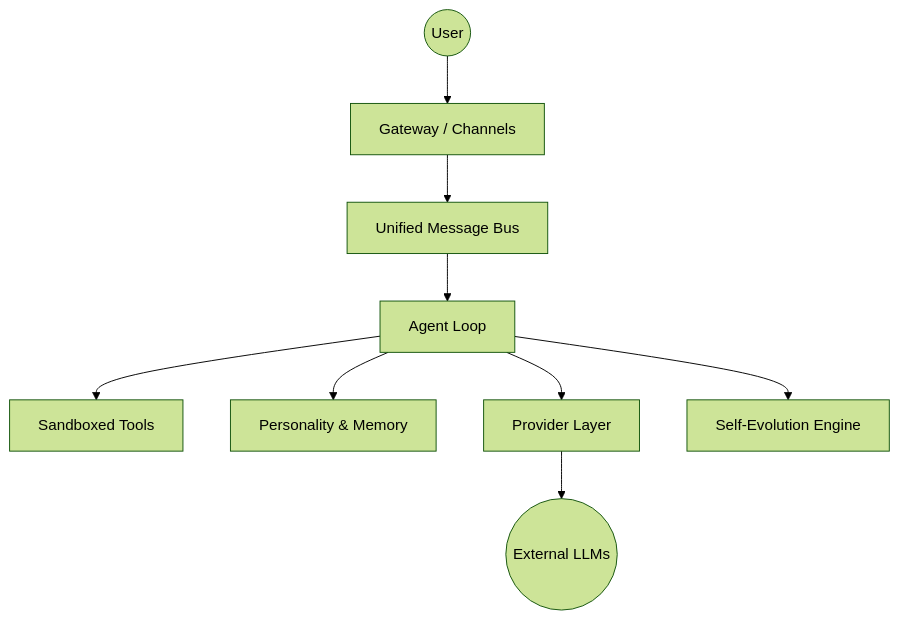
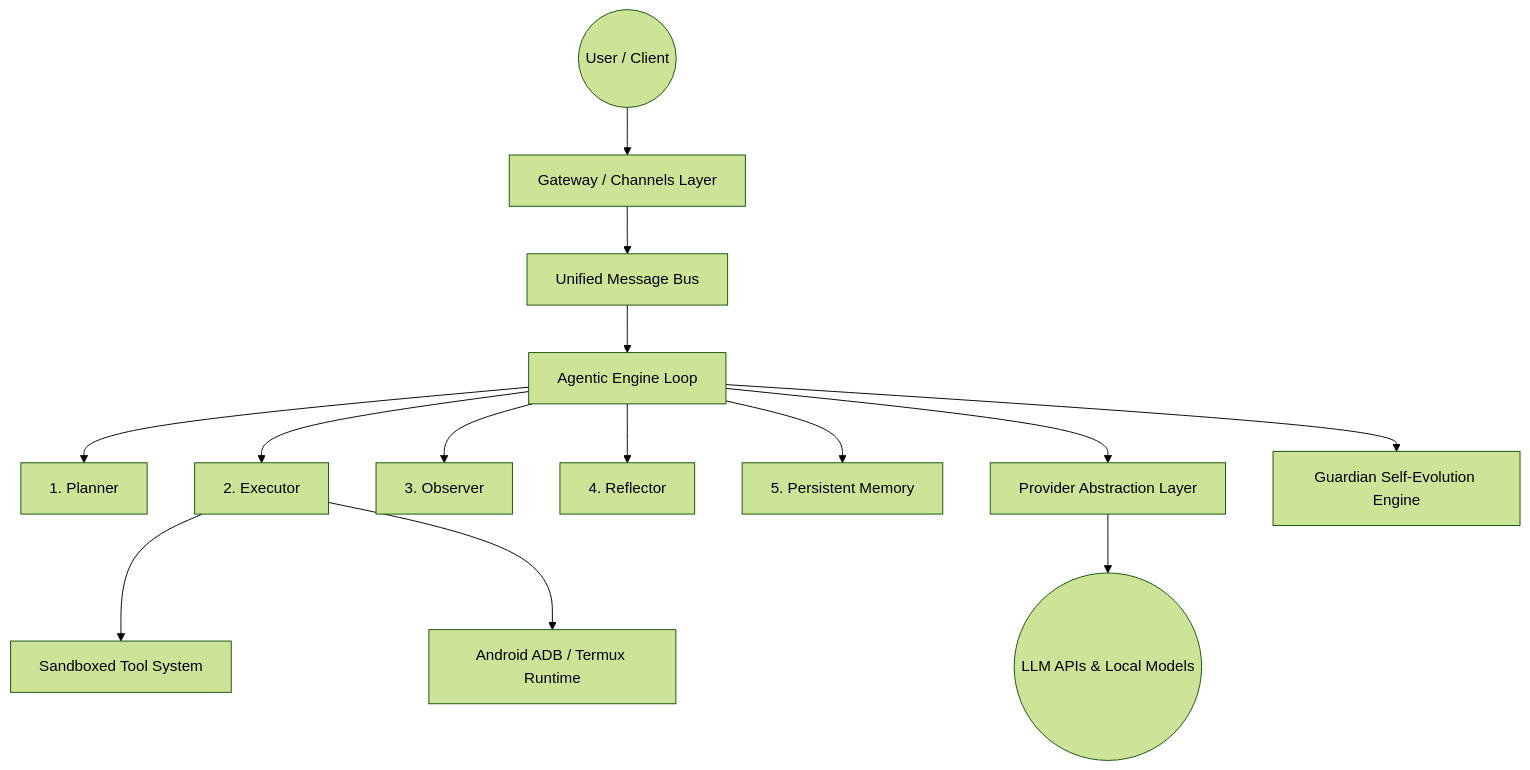
The diagram in docs/ARCHITECTURE.md (AbdullahMalik17/malikclaw), drawn with Mermaid (forest theme) before and after one commit. The commit also changed other lines of this file and 22 other files, not shown here.

Commit message:
feat: initialize core agent architecture with documentation, website components, and engine scaffolding

````diff
--- a/docs/ARCHITECTURE.md
+++ b/docs/ARCHITECTURE.md
@@ -11,11 +19,16 @@
 ```mermaid
 graph TD
-    User((User)) --> Channels[Gateway / Channels]
+    User((User / Client)) --> Channels[Gateway / Channels Layer]
     Channels --> Bus[Unified Message Bus]
-    Bus --> Agent[Agent Loop]
-    Agent --> Tools[Sandboxed Tools]
-    Agent --> Memory[Personality & Memory]
-    Agent --> Providers[Provider Layer]
-    Providers --> LLMs((External LLMs))
-    Agent --> Guardian[Self-Evolution Engine]
+    Bus --> Agent[Agentic Engine Loop]
+    Agent --> Planner[1. Planner]
+    Agent --> Executor[2. Executor]
+    Agent --> Observer[3. Observer]
+    Agent --> Reflector[4. Reflector]
+    Agent --> Memory[5. Persistent Memory]
+    Executor --> Tools[Sandboxed Tool System]
+    Agent --> Providers[Provider Abstraction Layer]
+    Providers --> ExternalLLMs((LLM APIs & Local Models))
+    Agent --> Guardian[Guardian Self-Evolution Engine]
+    Executor --> Mobile[Android ADB / Termux Runtime]
 ```
````
